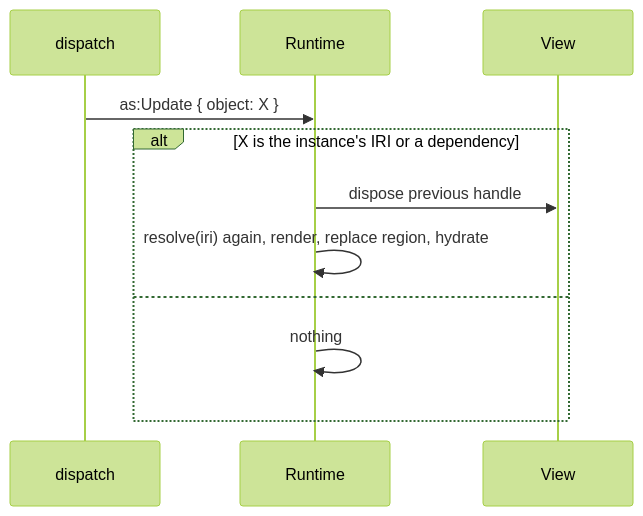
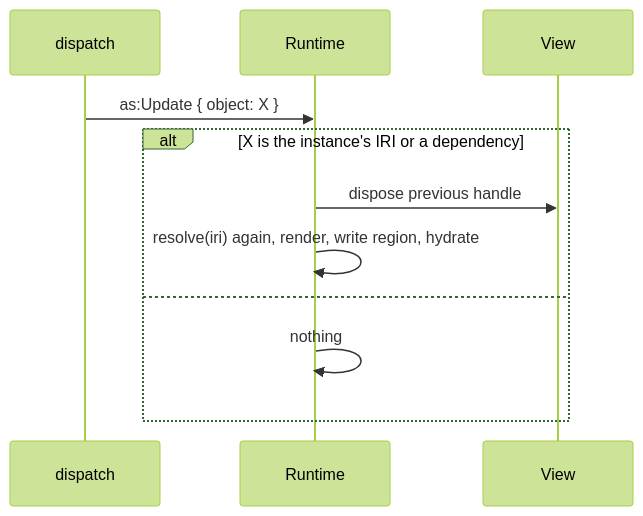
One commit to aleph-garden/vitrine changed the second of 4 diagrams in packages/www/src/content/docs/docs/view/rendering.mdx. Above: the diagram before and after it, drawn with Mermaid (forest theme). The commit also changed other lines of this file and 3 other files, not shown here.

````diff
--- a/packages/www/src/content/docs/docs/view/rendering.mdx
+++ b/packages/www/src/content/docs/docs/view/rendering.mdx
@@ -65,13 +72,13 @@
 ```mermaid
 sequenceDiagram
   participant Bus as dispatch
   participant Runtime
   participant View
   Bus->>Runtime: as:Update { object: X }
   alt X is the instance's IRI or a dependency
     Runtime->>View: dispose previous handle
-    Runtime->>Runtime: resolve(iri) again, render, replace region, hydrate
+    Runtime->>Runtime: resolve(iri) again, render, write region, hydrate
   else
     Runtime->>Runtime: nothing
   end
 ```
````
